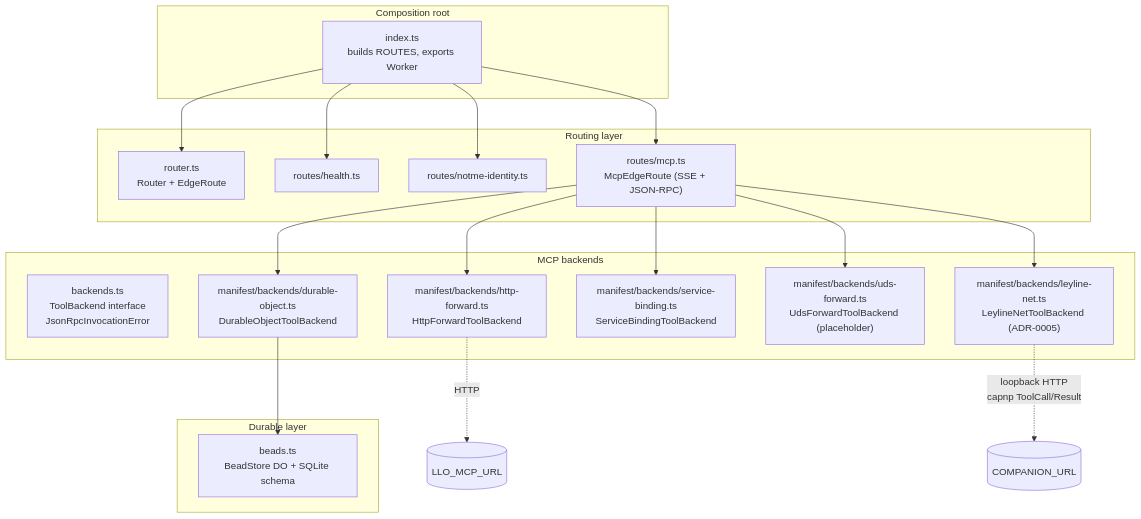
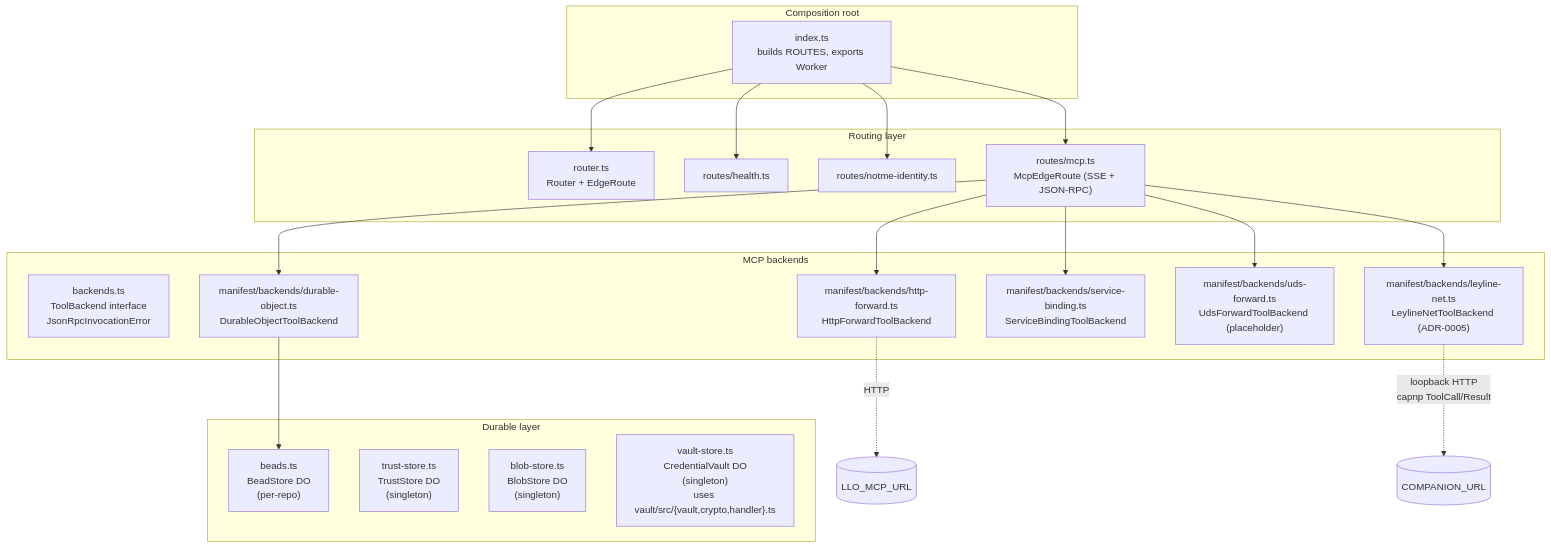
Before and after one commit to agentic-research/cloister: the ninth of 11 diagrams in docs/ARCHITECTURE.md, drawn with Mermaid. The commit also changed other lines of this file and 2 other files, not shown here.

First line of the commit message:
[bead:cloister] docs: refresh README + ARCHITECTURE + AGENTS for vault wiring + ADR-0013

````diff
--- a/docs/ARCHITECTURE.md
+++ b/docs/ARCHITECTURE.md
@@ -267,39 +282,42 @@
 ```mermaid
 graph TD
     subgraph compose ["Composition root"]
         IDX["index.ts\nbuilds ROUTES, exports Worker"]
     end
 
     subgraph router ["Routing layer"]
         RR["router.ts\nRouter + EdgeRoute"]
         H["routes/health.ts"]
         I["routes/notme-identity.ts"]
         M["routes/mcp.ts\nMcpEdgeRoute (SSE + JSON-RPC)"]
     end
 
     subgraph backends ["MCP backends"]
         BI["backends.ts\nToolBackend interface\nJsonRpcInvocationError"]
         BB["manifest/backends/durable-object.ts\nDurableObjectToolBackend"]
         BL["manifest/backends/http-forward.ts\nHttpForwardToolBackend"]
         BS["manifest/backends/service-binding.ts\nServiceBindingToolBackend"]
         BU["manifest/backends/uds-forward.ts\nUdsForwardToolBackend (placeholder)"]
         BLN["manifest/backends/leyline-net.ts\nLeylineNetToolBackend (ADR-0005)"]
     end
 
     subgraph durable ["Durable layer"]
-        BDO["beads.ts\nBeadStore DO + SQLite schema"]
+        BDO["beads.ts<br/>BeadStore DO<br/>(per-repo)"]
+        TDO["trust-store.ts<br/>TrustStore DO<br/>(singleton)"]
+        BLO["blob-store.ts<br/>BlobStore DO<br/>(singleton)"]
+        VDO["vault-store.ts<br/>CredentialVault DO<br/>(singleton)<br/>uses vault/src/{vault,crypto,handler}.ts"]
     end
 
     IDX --> RR
     IDX --> H
     IDX --> I
     IDX --> M
     M --> BB
     M --> BL
     M --> BS
     M --> BU
     M --> BLN
     BB --> BDO
     BL -.->|HTTP| LLO[(LLO_MCP_URL)]
     BLN -.->|loopback HTTP\ncapnp ToolCall/Result| CO[(COMPANION_URL)]
 ```
````
